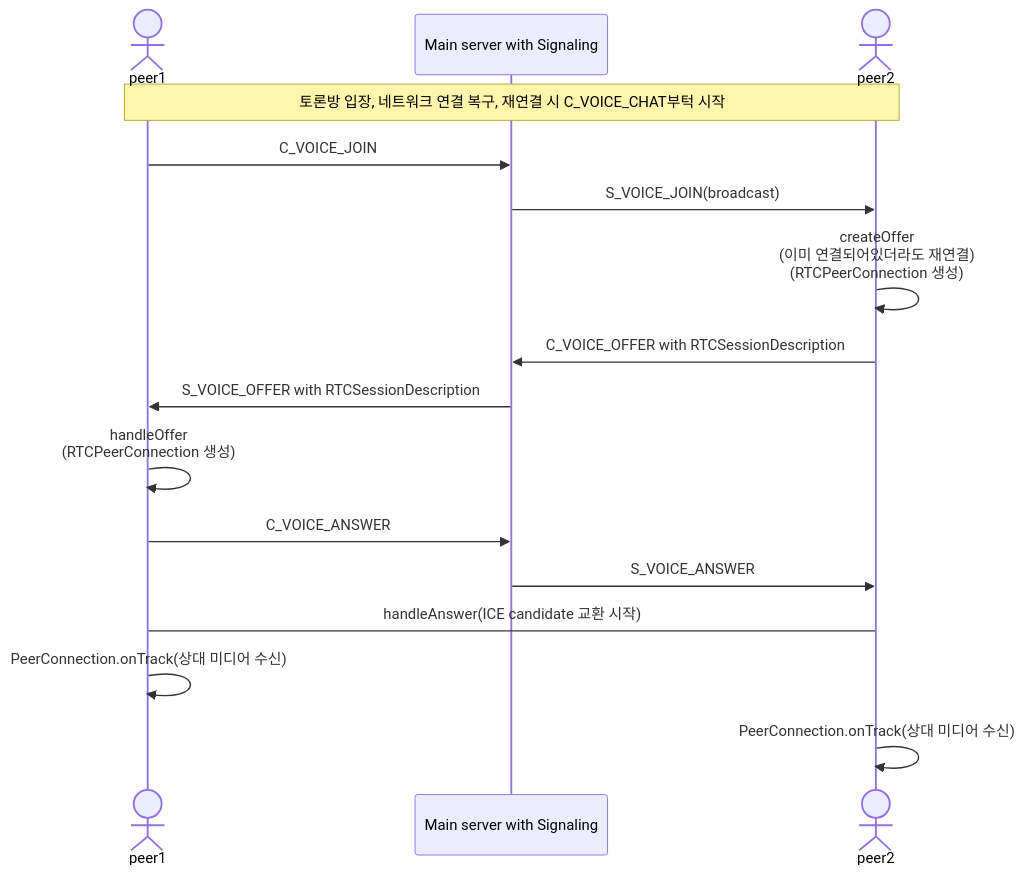
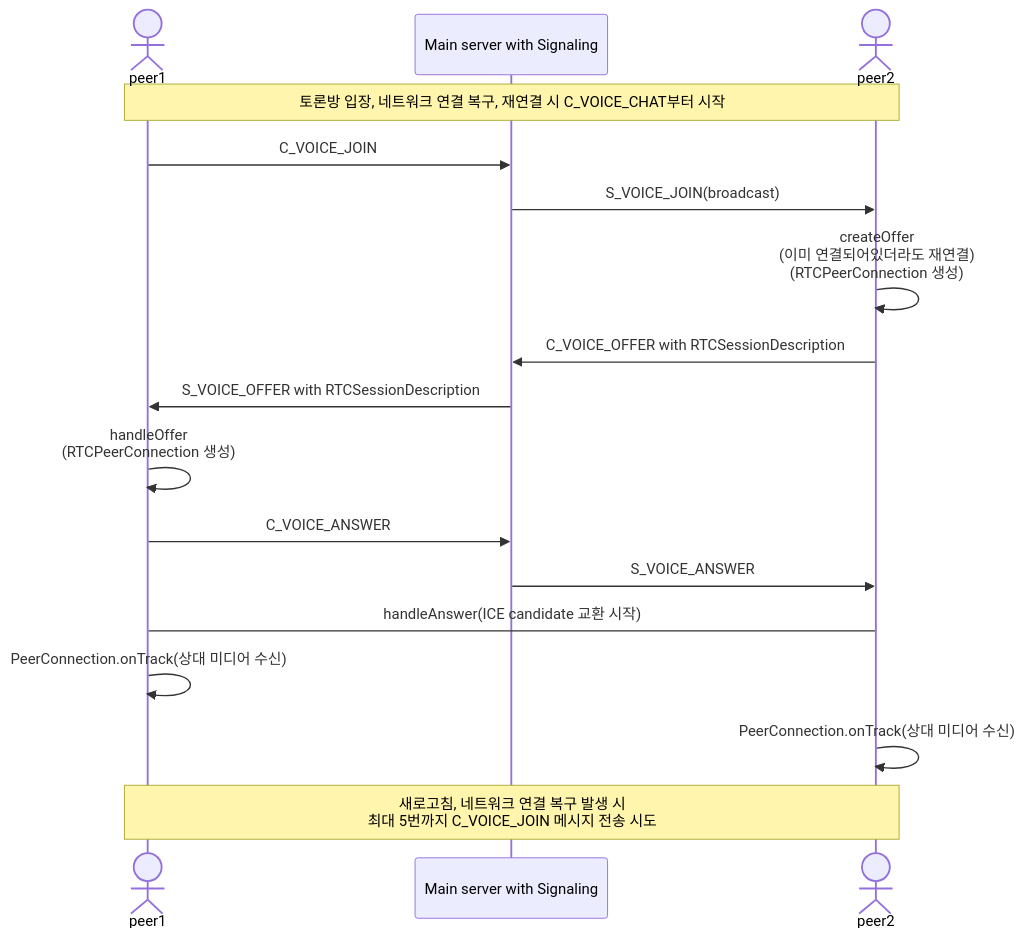
One commit to hjch0211/book-talk changed the diagram in README.md. Above: the diagram before and after it, drawn with Mermaid. The commit also changed other lines of this file and 18 other files, not shown here.

````diff
--- a/README.md
+++ b/README.md
@@ -61,19 +61,21 @@
 ```mermaid
 sequenceDiagram
 	actor p1 as peer1
 	participant s as Main server with Signaling
 	actor p2 as peer2
 	
-	note over p1, p2: 토론방 입장, 네트워크 연결 복구, 재연결 시 C_VOICE_CHAT부턱 시작
+	note over p1, p2: 토론방 입장, 네트워크 연결 복구, 재연결 시 C_VOICE_CHAT부터 시작
 	p1->>s: C_VOICE_JOIN
 	s->>p2: S_VOICE_JOIN(broadcast)
 	p2->>p2: createOffer<br/>(이미 연결되어있더라도 재연결)<br/>(RTCPeerConnection 생성)
 	p2->>s: C_VOICE_OFFER with RTCSessionDescription
 	s->>p1: S_VOICE_OFFER with RTCSessionDescription
 	p1->>p1: handleOffer<br/>(RTCPeerConnection 생성)
 	p1->>s: C_VOICE_ANSWER
 	s->>p2: S_VOICE_ANSWER
 	p1->p2: handleAnswer(ICE candidate 교환 시작)
 	p1->>p1: PeerConnection.onTrack(상대 미디어 수신)
 	p2->>p2: PeerConnection.onTrack(상대 미디어 수신)
+	
+	note over p1, p2: 새로고침, 네트워크 연결 복구 발생 시<br/>최대 5번까지 C_VOICE_JOIN 메시지 전송 시도
 ```
````
